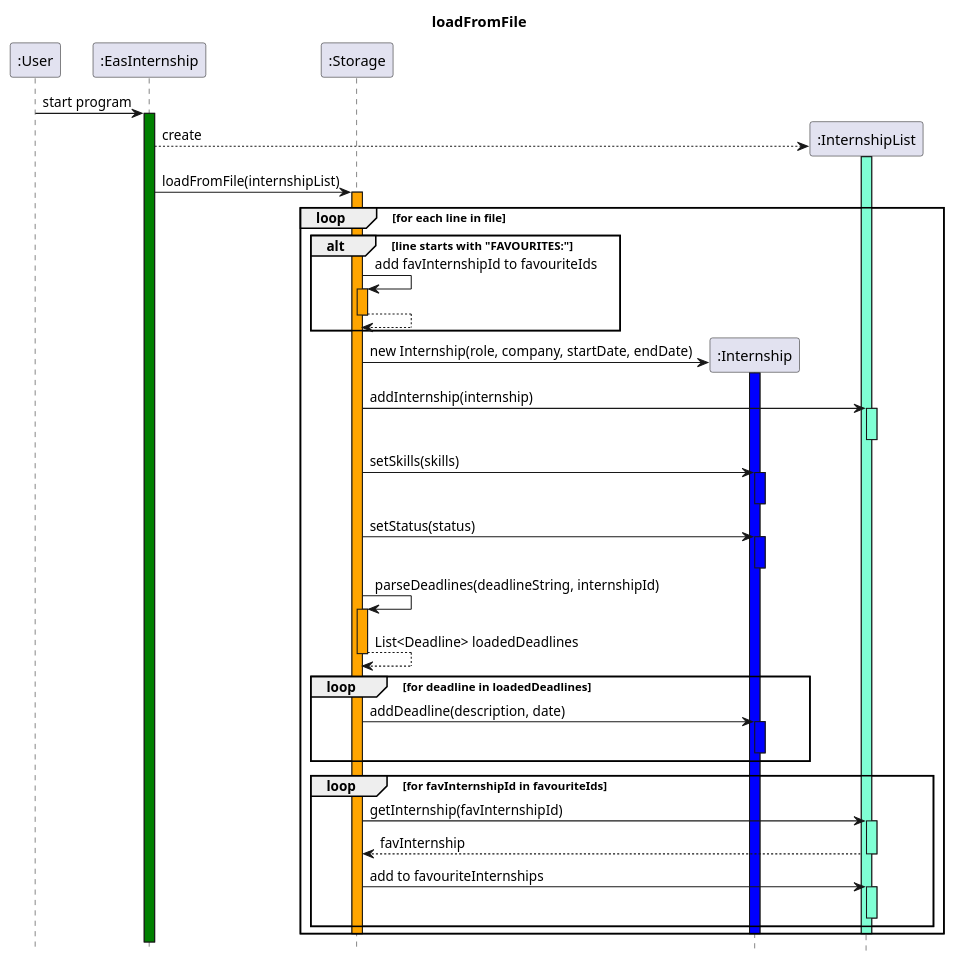
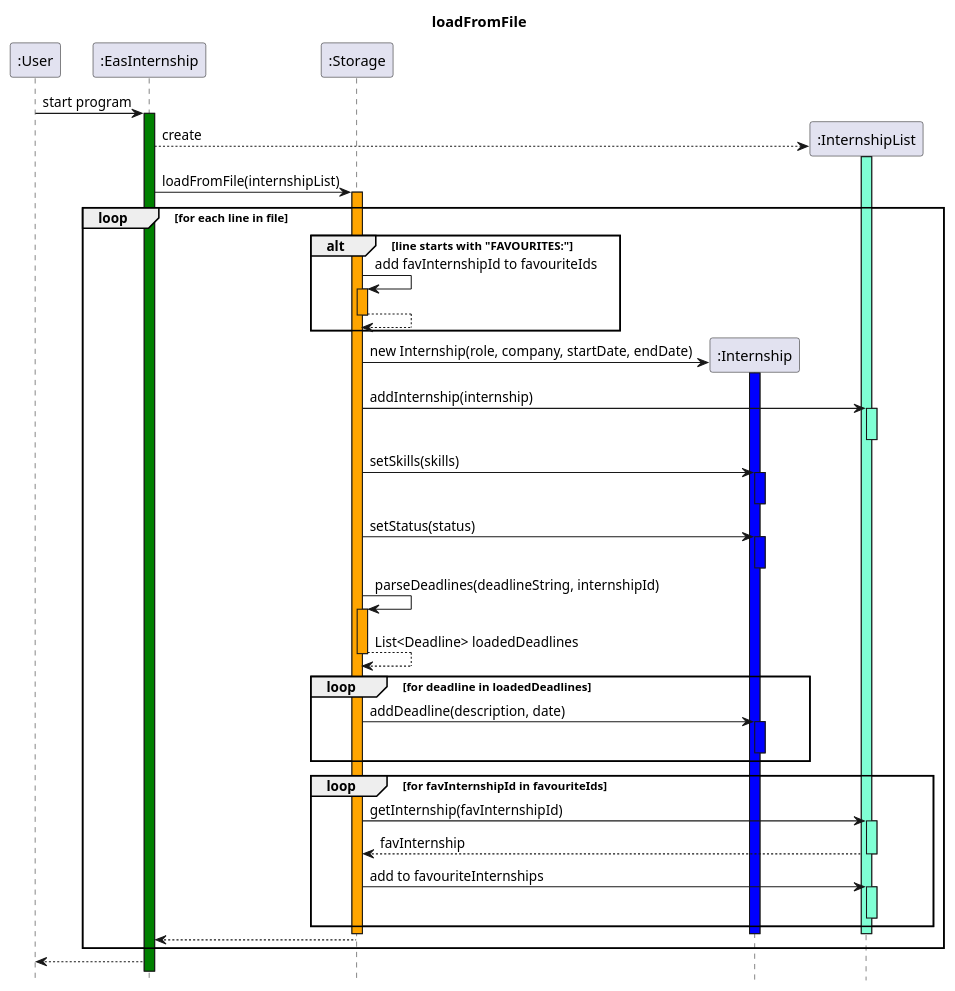
One commit to nus-cs2113-AY2425S1/tp changed the diagram in docs/UML/loadFromFile.puml. Above: the diagram before and after it, drawn with PlantUML. The commit also changed 6 other files, not shown here.

Commit message:
updated seq diagram return statements

```diff
--- a/docs/UML/loadFromFile.puml
+++ b/docs/UML/loadFromFile.puml
@@ -1,65 +1,68 @@
 @startuml
 Title loadFromFile
 hide footbox
 participant ":User"
 participant ":EasInternship"
 participant ":Storage"
 participant ":Internship"
 participant ":InternshipList"
 
 ":User"->":EasInternship": start program
 activate ":EasInternship" #green
 ":EasInternship"-->":InternshipList" **: create
 activate ":InternshipList" #aquamarine
 deactivate ":InternshipList"
 ":EasInternship"->":Storage": loadFromFile(internshipList)
 activate ":Storage" #orange
 
 loop for each line in file
 
     alt line starts with "FAVOURITES:"
         ":Storage" -> ":Storage" : add favInternshipId to favouriteIds
         activate ":Storage" #orange
         return
 
         end
 
     ":Storage"-> ":Internship" **: new Internship(role, company, startDate, endDate)
     activate ":Internship" #blue
     ":Storage"->":InternshipList": addInternship(internship)
     activate ":InternshipList" #aquamarine
     deactivate ":InternshipList"
     ":Storage" -> ":Internship" :setSkills(skills)
     activate ":Internship" #blue
     deactivate ":Internship"
     ":Storage" -> ":Internship" : setStatus(status)
     activate ":Internship" #blue
     deactivate ":Internship"
 
     ":Storage" -> ":Storage": parseDeadlines(deadlineString, internshipId)
     activate ":Storage" #orange
     return List<Deadline> loadedDeadlines
     loop for deadline in loadedDeadlines
         ":Storage" -> ":Internship" : addDeadline(description, date)
         activate ":Internship" #blue
         deactivate ":Internship"
     end
 
     loop for favInternshipId in favouriteIds
         ":Storage" -> ":InternshipList" : getInternship(favInternshipId)
         activate ":InternshipList" #aquamarine
         ":InternshipList" --> ":Storage" : favInternship
         deactivate ":InternshipList"
         ":Storage" -> ":InternshipList" : add to favouriteInternships
         activate ":InternshipList" #aquamarine
         deactivate ":InternshipList"
     end
 
         deactivate ":Storage"
         deactivate ":Internship"
         deactivate ":InternshipList"
+        ":Storage" --> ":EasInternship"
 end
+
 deactivate ":Storage"
+":EasInternship"--> ":User"
 
 
 @enduml
```
